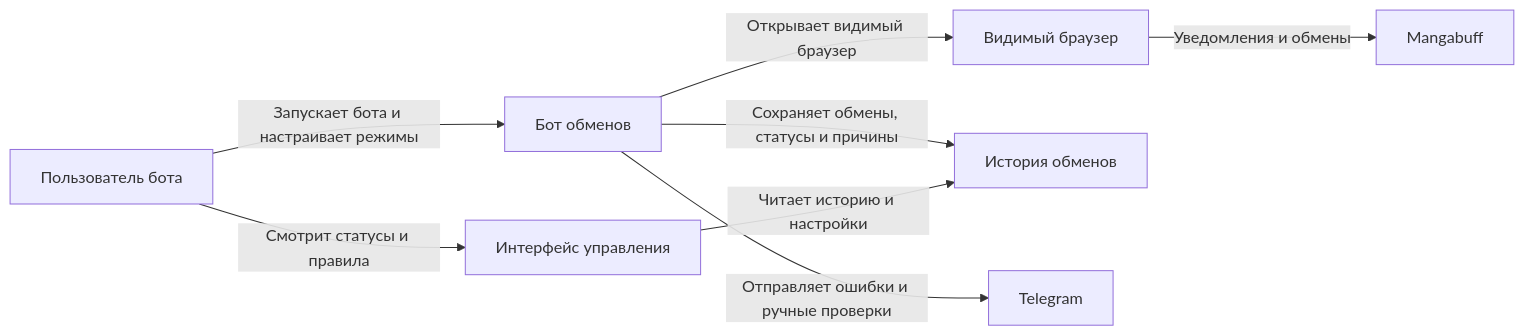
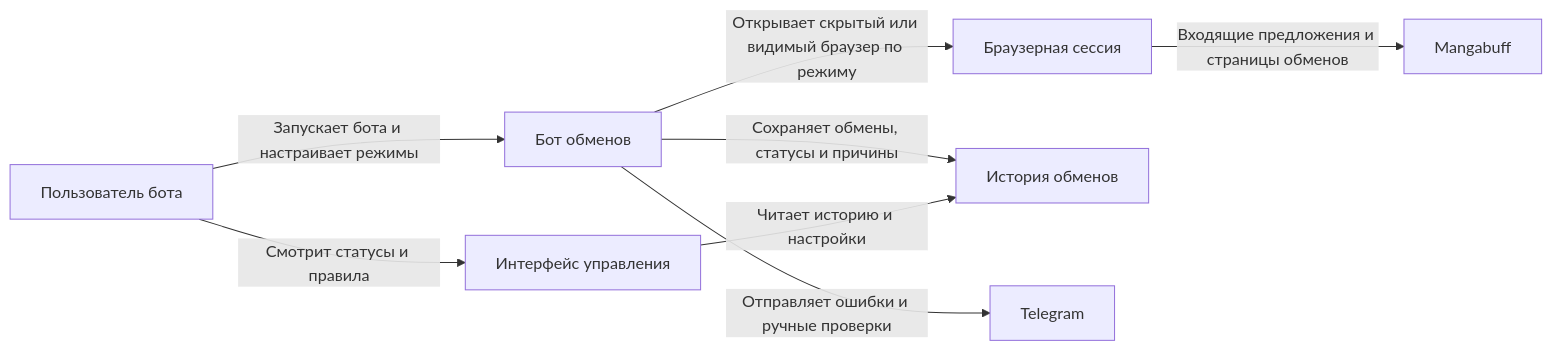
One commit to ElderlyDachshund/MangaBaryga changed diagram 11 of 11 in prd.md. Above: the diagram before and after it, drawn with Mermaid. The commit also changed other lines of this file, not shown here.

Commit message:
docs(prd): refine trade bot requirements

````diff
--- a/prd.md
+++ b/prd.md
@@ -564,10 +662,10 @@
 ```mermaid
 flowchart LR
     User[Пользователь бота] -->|Запускает бота и настраивает режимы| Bot[Бот обменов]
-    Bot -->|Открывает видимый браузер| Browser[Видимый браузер]
-    Browser -->|Уведомления и обмены| Mangabuff[Mangabuff]
+    Bot -->|Открывает скрытый или видимый браузер по режиму| Browser[Браузерная сессия]
+    Browser -->|Входящие предложения и страницы обменов| Mangabuff[Mangabuff]
     Bot -->|Сохраняет обмены, статусы и причины| History[История обменов]
     Bot -->|Отправляет ошибки и ручные проверки| Telegram[Telegram]
     User -->|Смотрит статусы и правила| Panel[Интерфейс управления]
     Panel -->|Читает историю и настройки| History
 ```
````
